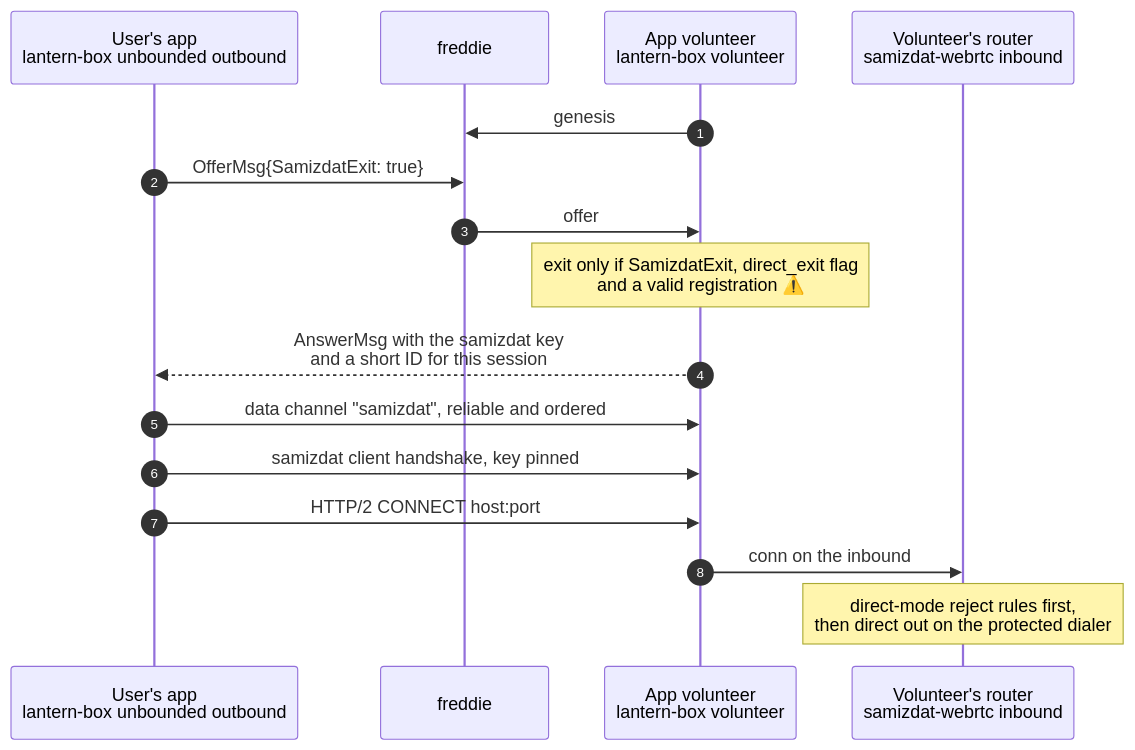
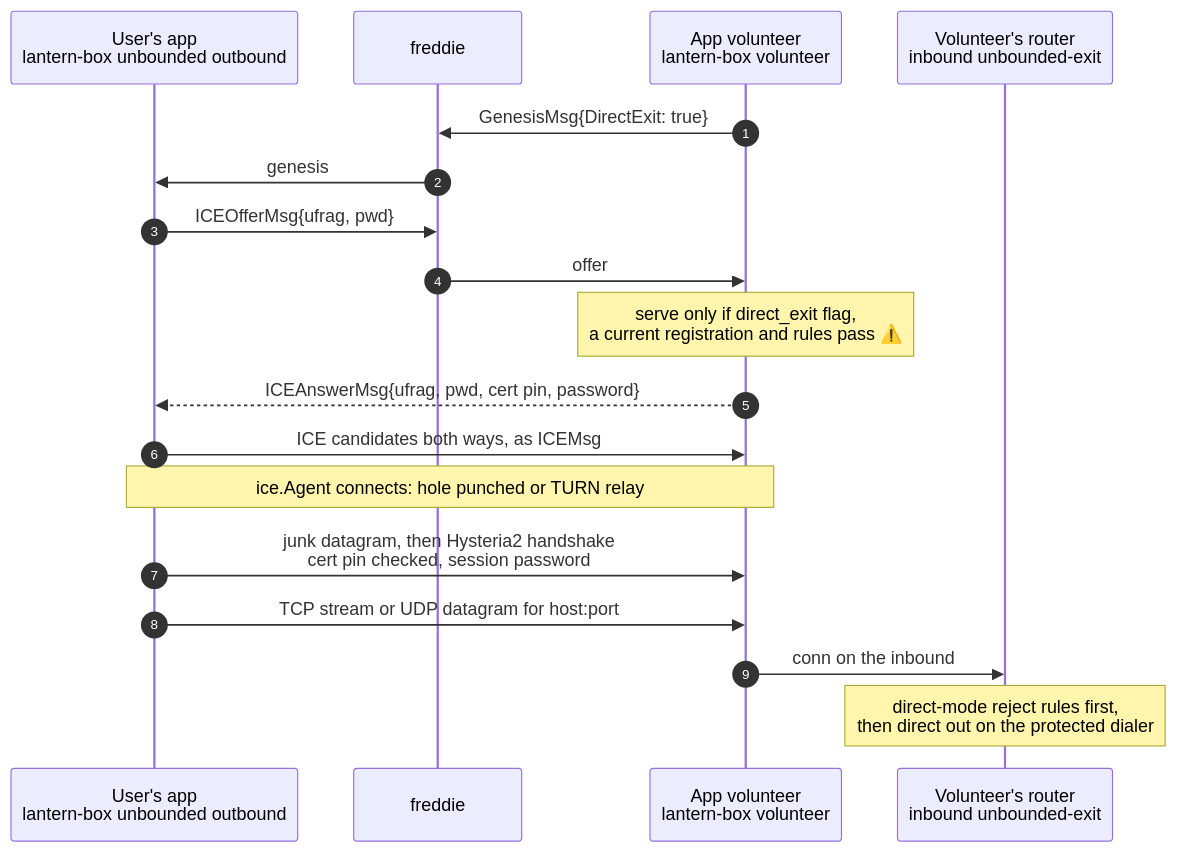
Before and after one commit to getlantern/unbounded: the diagram in docs/superpowers/specs/2026-11-17-volunteer-direct-exit-design.md, drawn with Mermaid. The commit also changed other lines of this file, not shown here.

First line of the commit message:
docs: volunteer direct exit: raw Hysteria2X over ICE

````diff
--- a/docs/superpowers/specs/2026-11-17-volunteer-direct-exit-design.md
+++ b/docs/superpowers/specs/2026-11-17-volunteer-direct-exit-design.md
@@ -46,19 +57,21 @@
 ```mermaid
 sequenceDiagram
     autonumber
     participant U as User's app<br/>lantern-box unbounded outbound
     participant F as freddie
     participant V as App volunteer<br/>lantern-box volunteer
-    participant R as Volunteer's router<br/>samizdat-webrtc inbound
+    participant R as Volunteer's router<br/>inbound unbounded-exit
 
-    V->>F: genesis
-    U->>F: OfferMsg{SamizdatExit: true}
+    V->>F: GenesisMsg{DirectExit: true}
+    F->>U: genesis
+    U->>F: ICEOfferMsg{ufrag, pwd}
     F->>V: offer
-    Note over V: exit only if SamizdatExit, direct_exit flag<br/>and a valid registration ⚠️
-    V-->>U: AnswerMsg with the samizdat key<br/>and a short ID for this session
-    U->>V: data channel "samizdat", reliable and ordered
-    U->>V: samizdat client handshake, key pinned
-    U->>V: HTTP/2 CONNECT host:port
+    Note over V: serve only if direct_exit flag,<br/>a current registration and rules pass ⚠️
+    V-->>U: ICEAnswerMsg{ufrag, pwd, cert pin, password}
+    U->>V: ICE candidates both ways, as ICEMsg
+    Note over U,V: ice.Agent connects: hole punched or TURN relay
+    U->>V: junk datagram, then Hysteria2 handshake<br/>cert pin checked, session password
+    U->>V: TCP stream or UDP datagram for host:port
     V->>R: conn on the inbound
     Note over R: direct-mode reject rules first,<br/>then direct out on the protected dialer
 ```
````
